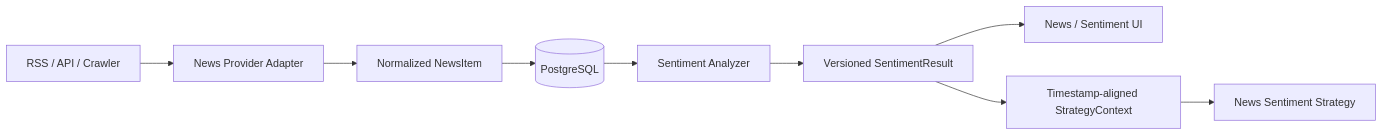
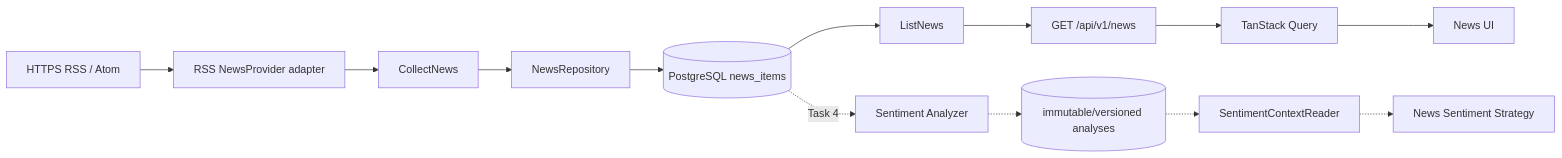
Before and after one commit to nhphunng/Crypto-Strategy-Lab: the seventh of 8 diagrams in docs/ARCHITECTURE.md, drawn with Mermaid. The commit also changed other lines of this file and 5 other files, not shown here.

First line of the commit message:
docs(news): record provider pipeline and sentiment handoff

````diff
--- a/docs/ARCHITECTURE.md
+++ b/docs/ARCHITECTURE.md
@@ -194,11 +196,15 @@
 ```mermaid
 flowchart LR
-    SOURCE["RSS / API / Crawler"] --> PROVIDER["News Provider Adapter"]
-    PROVIDER --> NEWS["Normalized NewsItem"]
-    NEWS --> DB[("PostgreSQL")]
-    DB --> ANALYZER["Sentiment Analyzer"]
-    ANALYZER --> RESULT["Versioned SentimentResult"]
-    RESULT --> UI["News / Sentiment UI"]
-    RESULT --> CONTEXT["Timestamp-aligned StrategyContext"]
-    CONTEXT --> STRATEGY["News Sentiment Strategy"]
+    RSS["HTTPS RSS / Atom"] --> PROVIDER["RSS NewsProvider adapter"]
+    PROVIDER --> COLLECT["CollectNews"]
+    COLLECT --> REPOSITORY["NewsRepository"]
+    REPOSITORY --> DB[("PostgreSQL news_items")]
+    DB --> LIST["ListNews"]
+    LIST --> API["GET /api/v1/news"]
+    API --> QUERY["TanStack Query"]
+    QUERY --> UI["News UI"]
+    DB -. "Task 4" .-> ANALYZER["Sentiment Analyzer"]
+    ANALYZER -.-> RESULT[("immutable/versioned analyses")]
+    RESULT -.-> CONTEXT["SentimentContextReader"]
+    CONTEXT -.-> STRATEGY["News Sentiment Strategy"]
 ```
````
